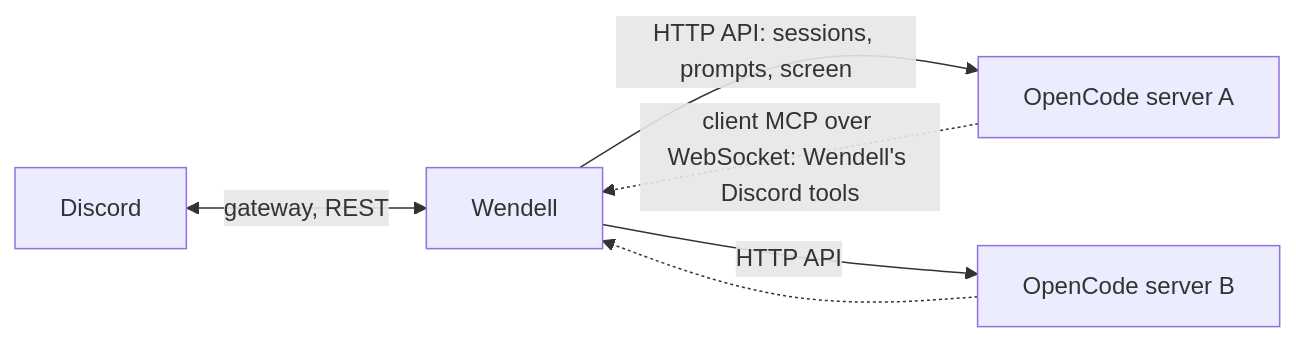
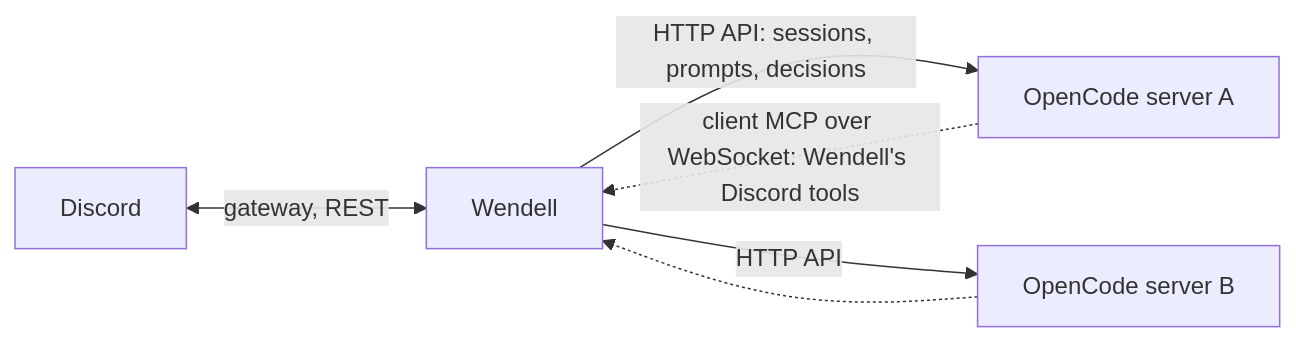
One commit to heditwo/wendell changed the second of 2 diagrams in README.md. Above: the diagram before and after it, drawn with Mermaid. The commit also changed other lines of this file and 36 other files, not shown here.

````diff
--- a/README.md
+++ b/README.md
@@ -58,8 +49,8 @@
 ```mermaid
 flowchart LR
   D[Discord] <-->|gateway, REST| W[Wendell]
-  W -->|HTTP API: sessions, prompts, screen| S1[OpenCode server A]
+  W -->|HTTP API: sessions, prompts, decisions| S1[OpenCode server A]
   W -->|HTTP API| S2[OpenCode server B]
   S1 -.->|client MCP over WebSocket: Wendell's Discord tools| W
   S2 -.-> W
 ```
````
